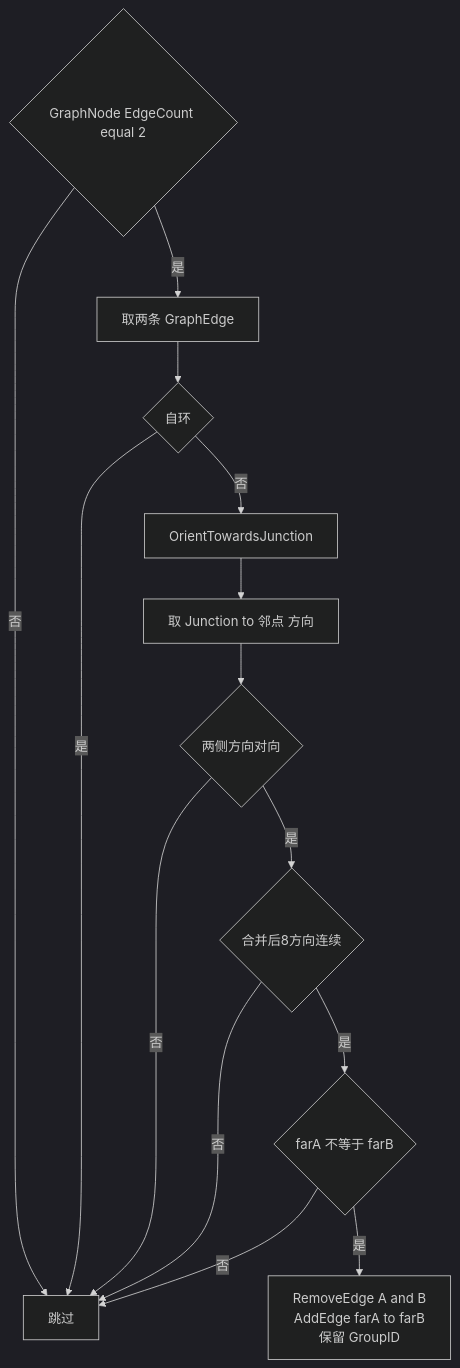
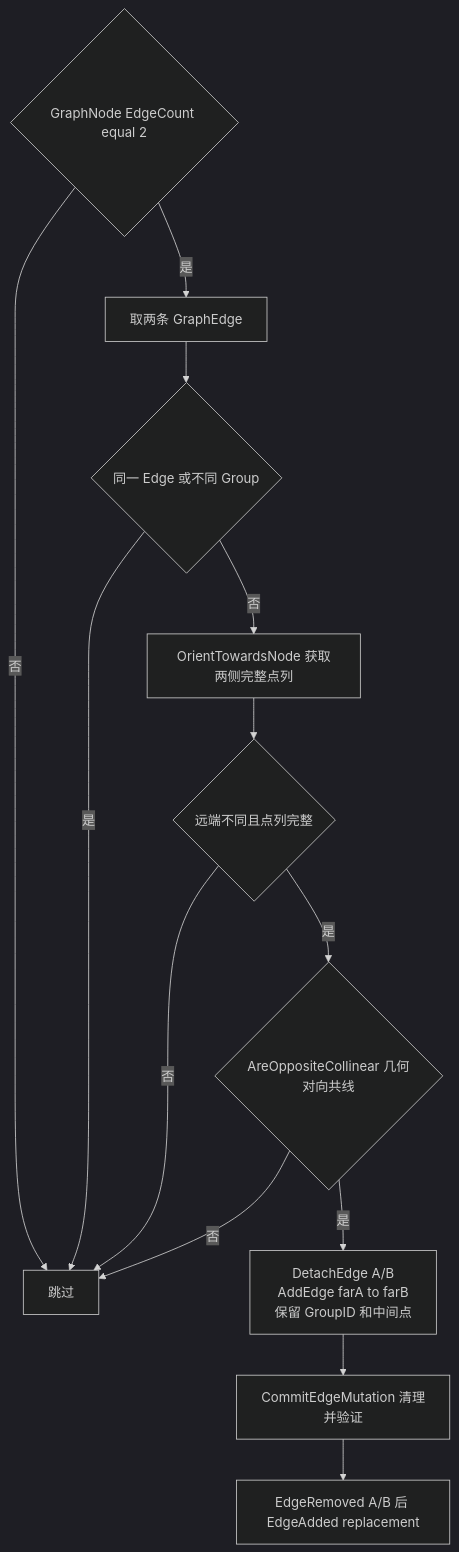
One commit to xianfishyu/SimpleCities changed the eighth of 9 diagrams in docs/reference/game-logic.md. Above: the diagram before and after it, drawn with Mermaid (dark theme). The commit also changed other lines of this file and 12 other files, not shown here.

````diff
--- a/docs/reference/game-logic.md
+++ b/docs/reference/game-logic.md
@@ -269,16 +275,15 @@
 ```mermaid
 flowchart TD
     Start{"GraphNode EdgeCount equal 2"} -->|否| Skip["跳过"]
     Start -->|是| SegAB["取两条 GraphEdge"]
-    SegAB --> Guard1{"自环"}
+    SegAB --> Guard1{"同一 Edge 或不同 Group"}
     Guard1 -->|是| Skip
-    Guard1 -->|否| Orient["OrientTowardsJunction"]
-    Orient --> Dir["取 Junction to 邻点 方向"]
-    Dir --> Guard2{"两侧方向对向"}
+    Guard1 -->|否| Orient["OrientTowardsNode 获取两侧完整点列"]
+    Orient --> Guard2{"远端不同且点列完整"}
     Guard2 -->|否| Skip
-    Guard2 -->|是| Guard3{"合并后8方向连续"}
+    Guard2 -->|是| Guard3{"AreOppositeCollinear 几何对向共线"}
     Guard3 -->|否| Skip
-    Guard3 -->|是| Guard4{"farA 不等于 farB"}
-    Guard4 -->|否| Skip
-    Guard4 -->|是| Merge["RemoveEdge A and B<br/>AddEdge farA to farB<br/>保留 GroupID"]
+    Guard3 -->|是| Merge["DetachEdge A/B<br/>AddEdge farA to farB<br/>保留 GroupID 和中间点"]
+    Merge --> Commit["CommitEdgeMutation 清理并验证"]
+    Commit --> Events["EdgeRemoved A/B 后 EdgeAdded replacement"]
 ```
````
